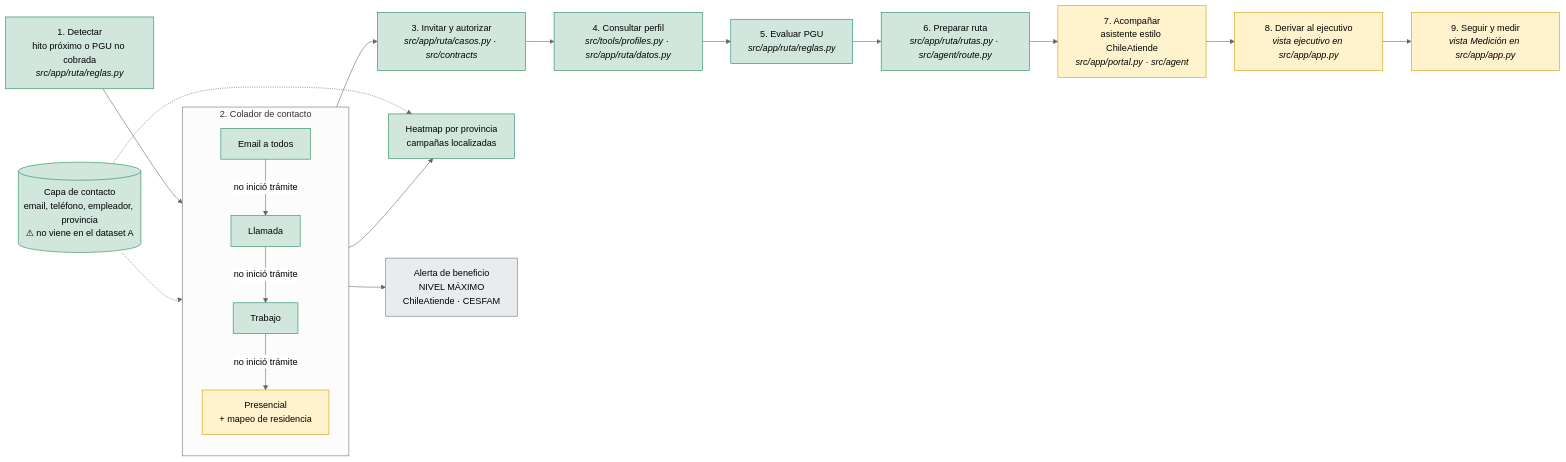
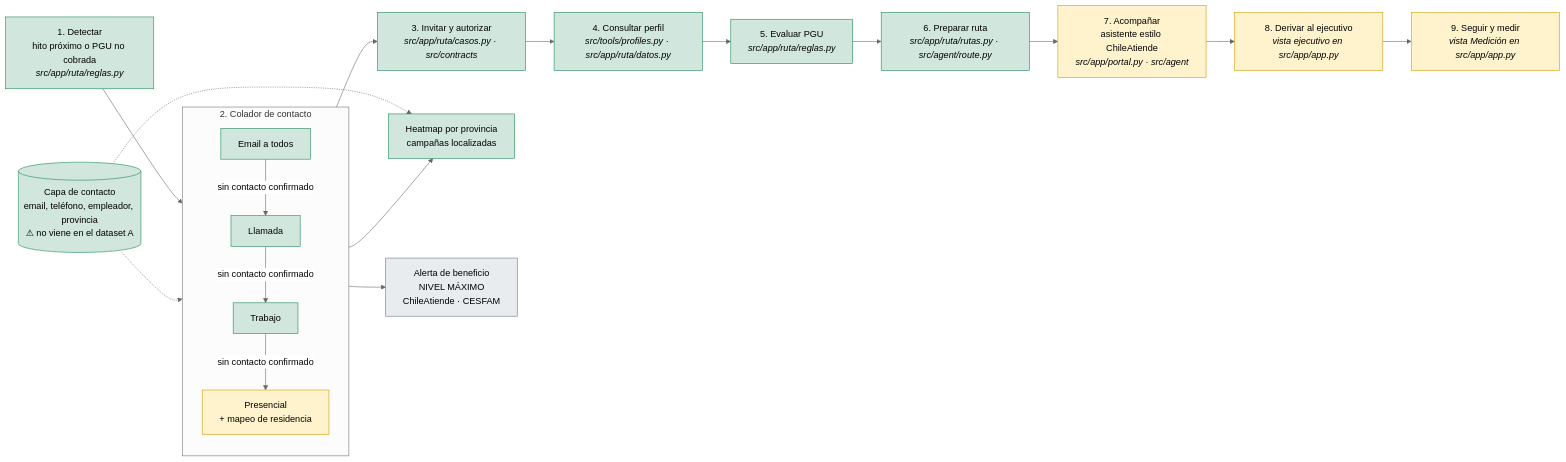
One commit to brunoponcem/hackaton-aws changed the diagram in 35-roles/_equipo.md. Above: the diagram before and after it, drawn with Mermaid (neutral theme). The commit also changed other lines of this file and 3 other files, not shown here.

````diff
--- a/35-roles/_equipo.md
+++ b/35-roles/_equipo.md
@@ -37,30 +37,30 @@
 ```mermaid
 flowchart LR
   D["1. Detectar<br/>hito próximo o PGU no cobrada<br/><i>src/app/ruta/reglas.py</i>"] --> C
   subgraph C["2. Colador de contacto"]
     direction TB
-    C1["Email a todos"] -- no inició trámite --> C2["Llamada"]
-    C2 -- no inició trámite --> C3["Trabajo"]
-    C3 -- no inició trámite --> C4["Presencial<br/>+ mapeo de residencia"]
+    C1["Email a todos"] -- sin contacto confirmado --> C2["Llamada"]
+    C2 -- sin contacto confirmado --> C3["Trabajo"]
+    C3 -- sin contacto confirmado --> C4["Presencial<br/>+ mapeo de residencia"]
   end
   C --> I["3. Invitar y autorizar<br/><i>src/app/ruta/casos.py · src/contracts</i>"]
   I --> Q["4. Consultar perfil<br/><i>src/tools/profiles.py · src/app/ruta/datos.py</i>"]
   Q --> V["5. Evaluar PGU<br/><i>src/app/ruta/reglas.py</i>"]
   V --> R["6. Preparar ruta<br/><i>src/app/ruta/rutas.py · src/agent/route.py</i>"]
   R --> A["7. Acompañar<br/>asistente estilo ChileAtiende<br/><i>src/app/portal.py · src/agent</i>"]
   A --> X["8. Derivar al ejecutivo<br/><i>vista ejecutivo en src/app/app.py</i>"]
   X --> S["9. Seguir y medir<br/><i>vista Medición en src/app/app.py</i>"]
   C4 --> HM["Heatmap por provincia<br/>campañas localizadas"]
   C4 --> AL["Alerta de beneficio<br/>NIVEL MÁXIMO<br/>ChileAtiende · CESFAM"]
   CX[("Capa de contacto<br/>email, teléfono, empleador, provincia<br/>⚠ no viene en el dataset A")] -.-> C
   CX -.-> HM
 
   classDef hecho fill:#d1e7dd,stroke:#198754,color:#000
   classDef parcial fill:#fff3cd,stroke:#cc9a06,color:#000
   classDef pendiente fill:#e9ecef,stroke:#6c757d,color:#000
   class D,I,Q,V,R hecho
   class A,X,S parcial
   class C1,C2,C3,CX,HM hecho
   class C4 parcial
   class AL pendiente
 ```
````
